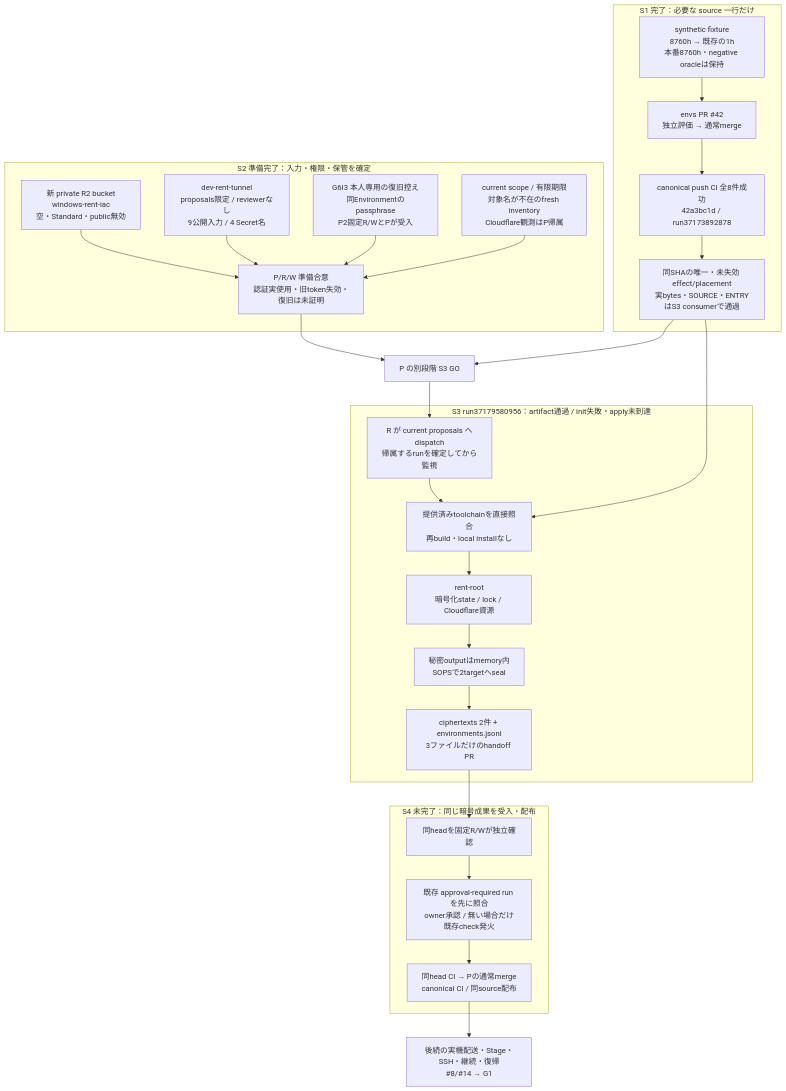
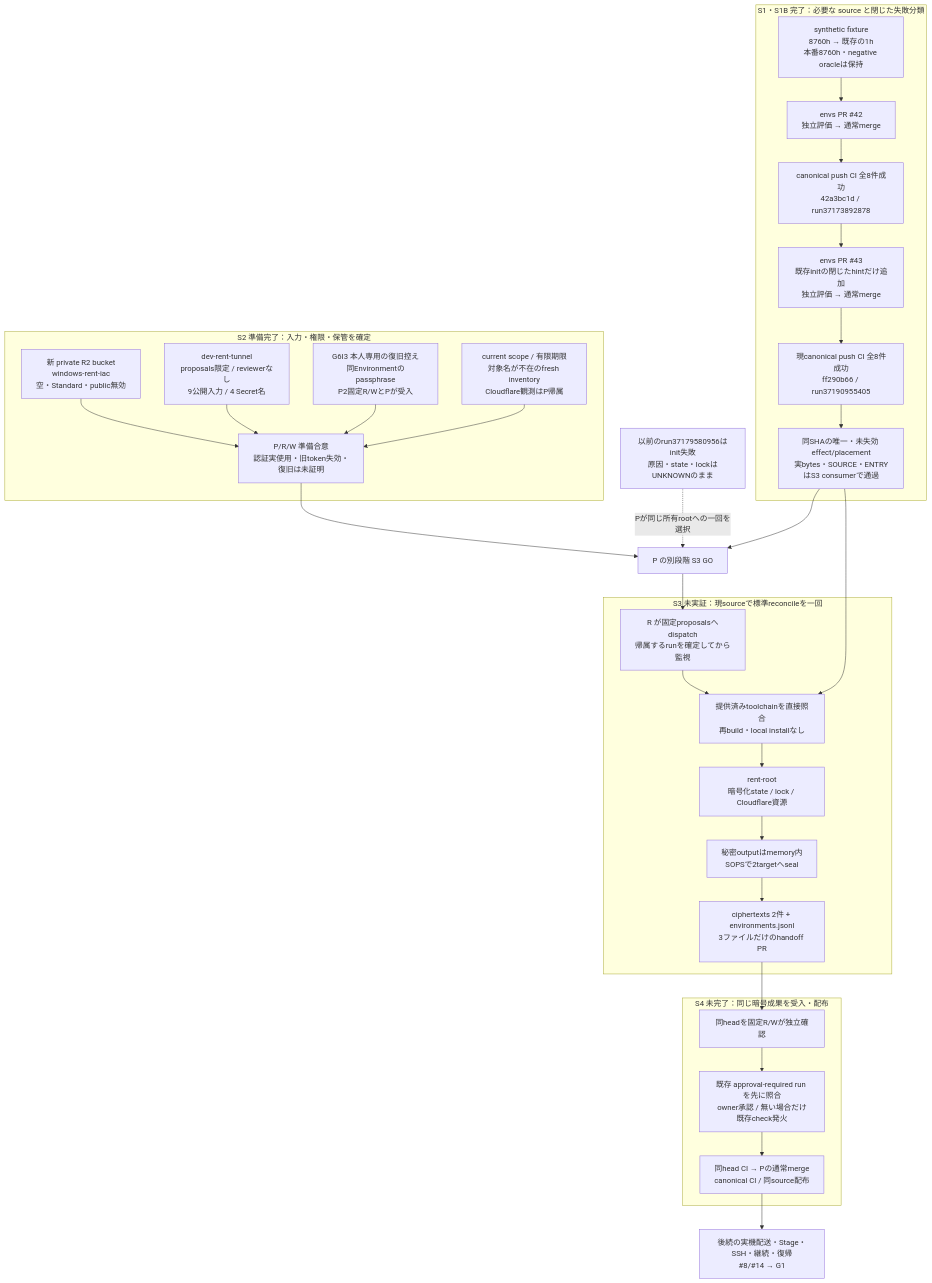
Before and after one commit to roccho-dev/windows: the third of 5 diagrams in docs/rent-cloudflare-flow.md, drawn with Mermaid. The commit also changed other lines of this file, not shown here.

````diff
--- a/docs/rent-cloudflare-flow.md
+++ b/docs/rent-cloudflare-flow.md
@@ -157,42 +157,46 @@
 ```mermaid
 flowchart TB
-  subgraph s1["S1 完了：必要な source 一行だけ"]
+  subgraph s1["S1・S1B 完了：必要な source と閉じた失敗分類"]
     fixture["synthetic fixture<br/>8760h → 既存の1h<br/>本番8760h・negative oracleは保持"]
     pr42["envs PR #42<br/>独立評価 → 通常merge"]
     ci42["canonical push CI 全8件成功<br/>42a3bc1d / run37173892878"]
+    pr43["envs PR #43<br/>既存initの閉じたhintだけ追加<br/>独立評価 → 通常merge"]
+    ci43["現canonical push CI 全8件成功<br/>ff290b66 / run37190955405"]
     artifact["同SHAの唯一・未失効 effect/placement<br/>実bytes・SOURCE・ENTRYはS3 consumerで通過"]
-    fixture --> pr42 --> ci42 --> artifact
+    fixture --> pr42 --> ci42 --> pr43 --> ci43 --> artifact
   end
   subgraph s2["S2 準備完了：入力・権限・保管を確定"]
     bucket["新 private R2 bucket<br/>windows-rent-iac<br/>空・Standard・public無効"]
     environment["dev-rent-tunnel<br/>proposals限定 / reviewerなし<br/>9公開入力 / 4 Secret名"]
     custody["G6I3 本人専用の復旧控え<br/>同Environmentのpassphrase<br/>P2固定R/WとPが受入"]
     inventory["current scope / 有限期限<br/>対象名が不在のfresh inventory<br/>Cloudflare観測はP帰属"]
     s2ready["P/R/W 準備合意<br/>認証実使用・旧token失効・復旧は未証明"]
     bucket --> s2ready
     environment --> s2ready
     custody --> s2ready
     inventory --> s2ready
   end
   go["P の別段階 S3 GO"]
-  subgraph s3["S3 run37179580956：artifact通過 / init失敗・apply未到達"]
-    dispatch["R が current proposals へdispatch<br/>帰属するrunを確定してから監視"]
+  previous["以前のrun37179580956はinit失敗<br/>原因・state・lockはUNKNOWNのまま"]
+  subgraph s3["S3 未実証：現sourceで標準reconcileを一回"]
+    dispatch["R が固定proposalsへdispatch<br/>帰属するrunを確定してから監視"]
     consume["提供済みtoolchainを直接照合<br/>再build・local installなし"]
     apply["rent-root<br/>暗号化state / lock / Cloudflare資源"]
     envelopes["秘密outputはmemory内<br/>SOPSで2targetへseal"]
     handoff["ciphertexts 2件 + environments.jsonl<br/>3ファイルだけのhandoff PR"]
     dispatch --> consume --> apply --> envelopes --> handoff
   end
   subgraph s4["S4 未完了：同じ暗号成果を受入・配布"]
     rw["同headを固定R/Wが独立確認"]
     approval["既存 approval-required run を先に照合<br/>owner承認 / 無い場合だけ既存check発火"]
     merge["同head CI → Pの通常merge<br/>canonical CI / 同source配布"]
     rw --> approval --> merge
   end
   artifact --> go
   s2ready --> go
+  previous -. "Pが同じ所有rootへの一回を選択" .-> go
   go --> dispatch
   artifact --> consume
   handoff --> rw
   merge --> later["後続の実機配送・Stage・SSH・継続・復帰<br/>#8/#14 → G1"]
 ```
````
